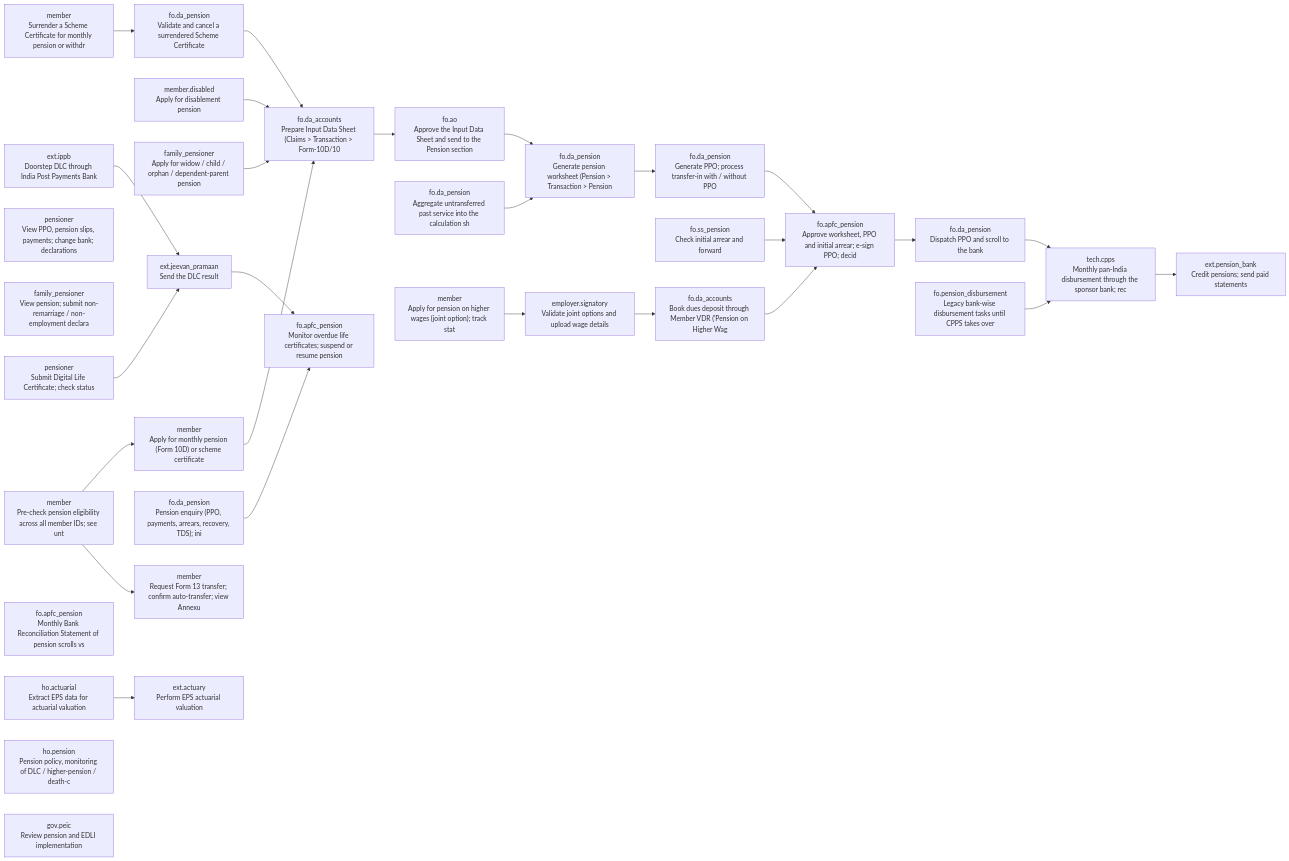
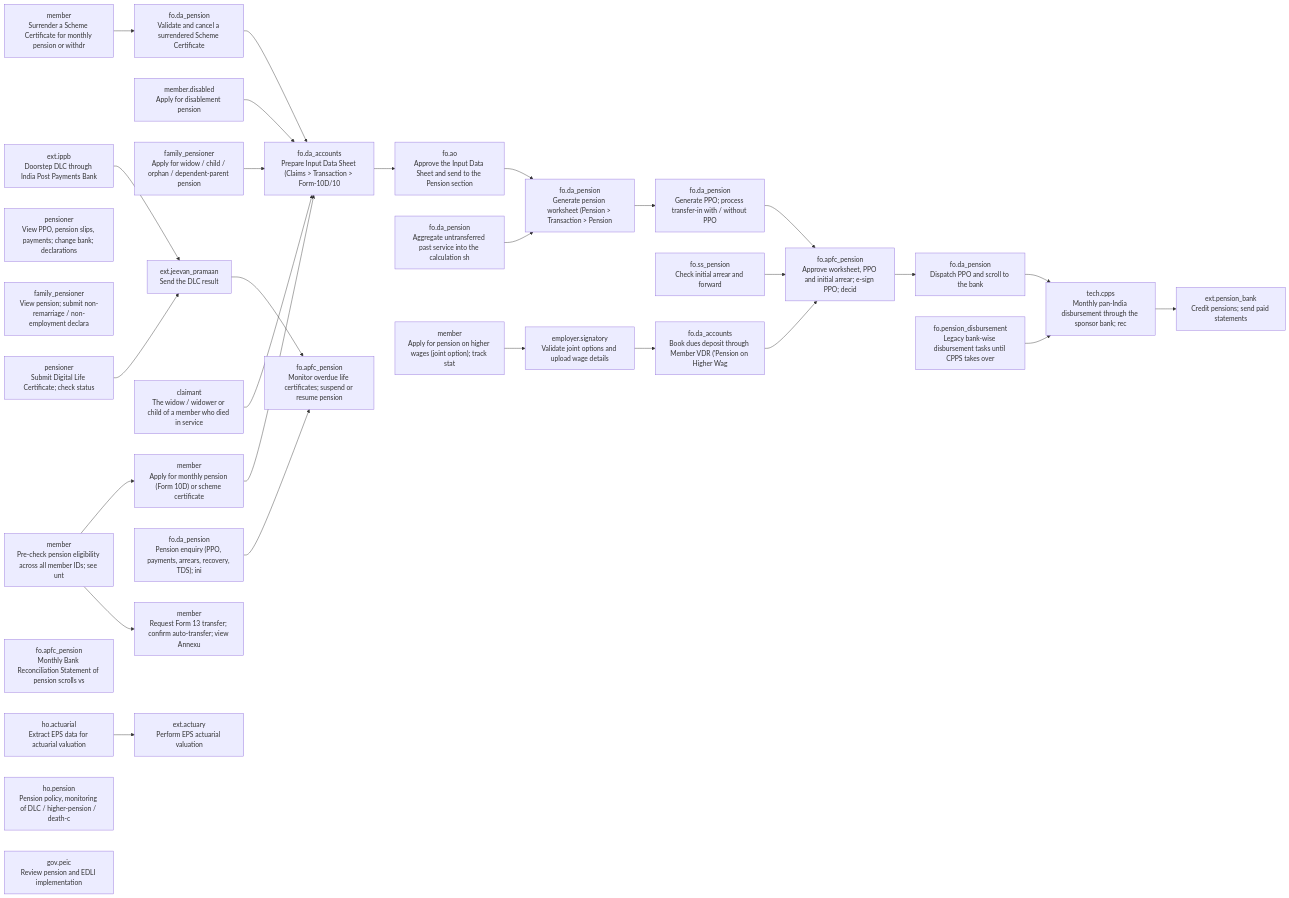
The fifth of 14 diagrams in docs/stakeholder-api-sets.md (gauravmeena0708/pf-life), drawn with Mermaid before and after one commit. The commit also changed other lines of this file and 41 other files, not shown here.

````diff
--- a/docs/stakeholder-api-sets.md
+++ b/docs/stakeholder-api-sets.md
@@ -1589,61 +1595,63 @@
 ```mermaid
 flowchart LR
   F05_apply["member<br/>Apply for monthly pension (Form 10D) or scheme certificate"]
   F05_preview["member<br/>Pre-check pension eligibility across all member IDs; see unt"]
   F05_sc_surrender["member<br/>Surrender a Scheme Certificate for monthly pension or withdr"]
   F05_disabled_apply["member.disabled<br/>Apply for disablement pension"]
   F05_family_apply["family_pensioner<br/>Apply for widow / child / orphan / dependent-parent pension"]
   F05_ids["fo.da_accounts<br/>Prepare Input Data Sheet (Claims > Transaction > Form-10D/10"]
   F05_ids_approve["fo.ao<br/>Approve the Input Data Sheet and send to the Pension section"]
   F05_worksheet["fo.da_pension<br/>Generate pension worksheet (Pension > Transaction > Pension "]
   F05_aggregate["fo.da_pension<br/>Aggregate untransferred past service into the calculation sh"]
   F05_sc_adjudicate["fo.da_pension<br/>Validate and cancel a surrendered Scheme Certificate"]
   F05_ppo["fo.da_pension<br/>Generate PPO; process transfer-in with / without PPO"]
   F05_initial_arrear["fo.ss_pension<br/>Check initial arrear and forward"]
   F05_ppo_approve["fo.apfc_pension<br/>Approve worksheet, PPO and initial arrear; e-sign PPO; decid"]
   F05_dispatch["fo.da_pension<br/>Dispatch PPO and scroll to the bank"]
   F05_cpps["tech.cpps<br/>Monthly pan-India disbursement through the sponsor bank; rec"]
   F05_disbursement_section["fo.pension_disbursement<br/>Legacy bank-wise disbursement tasks until CPPS takes over"]
   F05_bank["ext.pension_bank<br/>Credit pensions; send paid statements"]
   F05_pensioner_view["pensioner<br/>View PPO, pension slips, payments; change bank; declarations"]
+  F05_family_apply_claimant["claimant<br/>The widow / widower or child of a member who died in service"]
   F05_family_view["family_pensioner<br/>View pension; submit non-remarriage / non-employment declara"]
   F05_dlc["pensioner<br/>Submit Digital Life Certificate; check status"]
   F05_dlc_event["ext.jeevan_pramaan<br/>Send the DLC result"]
   F05_dlc_doorstep["ext.ippb<br/>Doorstep DLC through India Post Payments Bank"]
   F05_dlc_monitor["fo.apfc_pension<br/>Monitor overdue life certificates; suspend or resume pension"]
   F05_updation["fo.da_pension<br/>Pension enquiry (PPO, payments, arrears, recovery, TDS); ini"]
   F05_brs["fo.apfc_pension<br/>Monthly Bank Reconciliation Statement of pension scrolls vs "]
   F05_higher_member["member<br/>Apply for pension on higher wages (joint option); track stat"]
   F05_higher_employer["employer.signatory<br/>Validate joint options and upload wage details"]
   F05_higher_deposit["fo.da_accounts<br/>Book dues deposit through Member VDR ('Pension on Higher Wag"]
   F05_actuarial["ho.actuarial<br/>Extract EPS data for actuarial valuation"]
   F05_valuation["ext.actuary<br/>Perform EPS actuarial valuation"]
   F05_policy["ho.pension<br/>Pension policy, monitoring of DLC / higher-pension / death-c"]
   F05_peic["gov.peic<br/>Review pension and EDLI implementation"]
   F05_apply --> F05_ids
   F04_transfer["member<br/>Request Form 13 transfer; confirm auto-transfer; view Annexu"]
   F05_preview --> F04_transfer
   F05_preview --> F05_apply
   F05_sc_surrender --> F05_sc_adjudicate
   F05_disabled_apply --> F05_ids
   F05_family_apply --> F05_ids
   F05_ids --> F05_ids_approve
   F05_ids_approve --> F05_worksheet
   F05_worksheet --> F05_ppo
   F05_aggregate --> F05_worksheet
   F05_sc_adjudicate --> F05_ids
   F05_ppo --> F05_ppo_approve
   F05_initial_arrear --> F05_ppo_approve
   F05_ppo_approve --> F05_dispatch
   F05_dispatch --> F05_cpps
   F05_cpps --> F05_bank
   F05_disbursement_section --> F05_cpps
+  F05_family_apply_claimant --> F05_ids
   F05_dlc --> F05_dlc_event
   F05_dlc_event --> F05_dlc_monitor
   F05_dlc_doorstep --> F05_dlc_event
   F05_updation --> F05_dlc_monitor
   F05_higher_member --> F05_higher_employer
   F05_higher_employer --> F05_higher_deposit
   F05_higher_deposit --> F05_ppo_approve
   F05_actuarial --> F05_valuation
 ```
````
